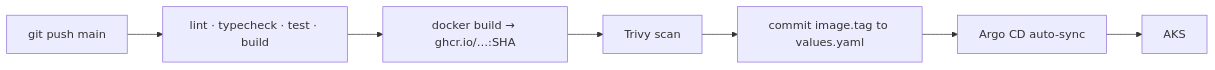
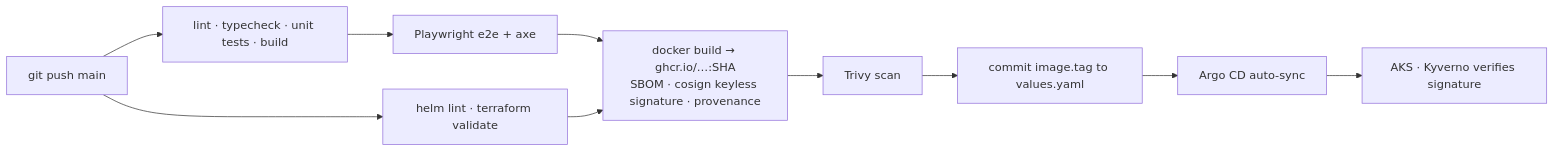
Before and after one commit to Karthik-099/packet-journey-3d: the second of 2 diagrams in README.md, drawn with Mermaid. The commit also changed other lines of this file and 17 other files, not shown here.

````diff
--- a/README.md
+++ b/README.md
@@ -113,8 +116,10 @@
 ```mermaid
 flowchart LR
-  push[git push main] --> V[lint · typecheck · test · build]
-  V --> B[docker build → ghcr.io/…:SHA]
+  push[git push main] --> V[lint · typecheck · unit tests · build]
+  V --> E[Playwright e2e + axe]
+  push --> I[helm lint · terraform validate]
+  E & I --> B[docker build → ghcr.io/…:SHA<br/>SBOM · cosign keyless signature · provenance]
   B --> T[Trivy scan]
   T --> U[commit image.tag to values.yaml]
-  U --> A[Argo CD auto-sync] --> K[AKS]
+  U --> A[Argo CD auto-sync] --> K[AKS · Kyverno verifies signature]
 ```
````
